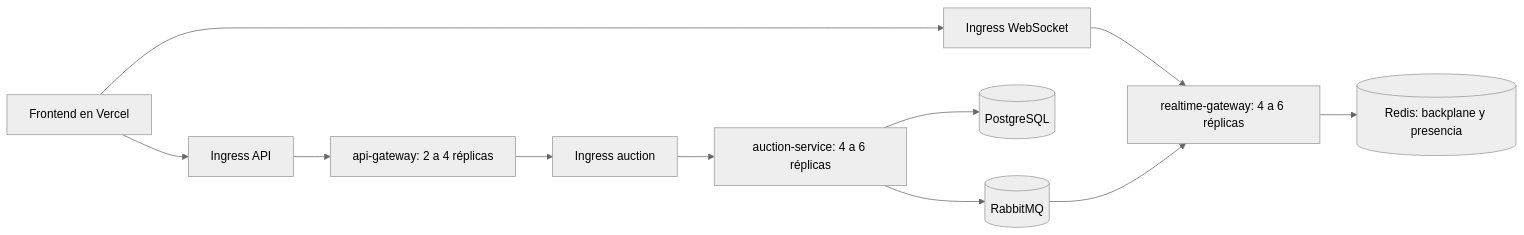
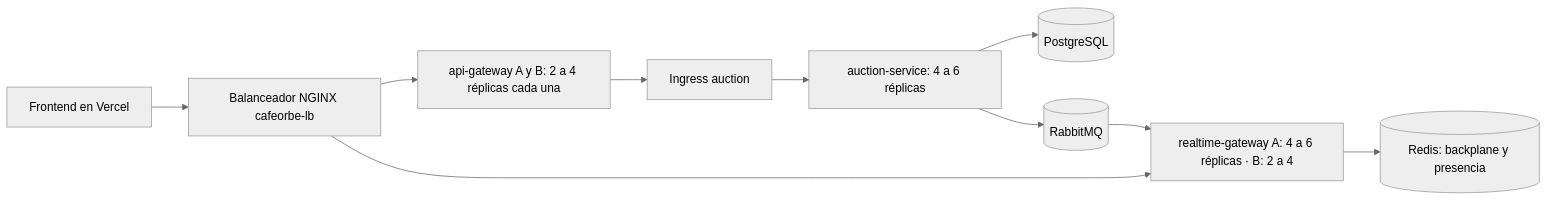
Before and after one commit to CafeOrbe/cafeorbe-infra: the diagram in docs/DIS-01.md, drawn with Mermaid (neutral theme). The commit also changed other lines of this file and 5 other files, not shown here.

First line of the commit message:
feat(dis01): balanceador de carga NGINX propio delante de api-gateway y realtime-gateway

````diff
--- a/docs/DIS-01.md
+++ b/docs/DIS-01.md
@@ -37,13 +42,12 @@
 ```mermaid
 flowchart LR
-    web[Frontend en Vercel] --> lb1[Ingress API]
-    lb1 --> api[api-gateway: 2 a 4 réplicas]
+    web[Frontend en Vercel] --> nginx[Balanceador NGINX cafeorbe-lb]
+    nginx --> api[api-gateway A y B: 2 a 4 réplicas cada una]
     api --> lb2[Ingress auction]
     lb2 --> au[auction-service: 4 a 6 réplicas]
-    web --> lb3[Ingress WebSocket]
-    lb3 --> rt[realtime-gateway: 4 a 6 réplicas]
+    nginx --> rt[realtime-gateway A: 4 a 6 réplicas · B: 2 a 4]
     au --> pg[(PostgreSQL)]
     au --> mq[(RabbitMQ)]
     mq --> rt
     rt --> redis[(Redis: backplane y presencia)]
 ```
````
